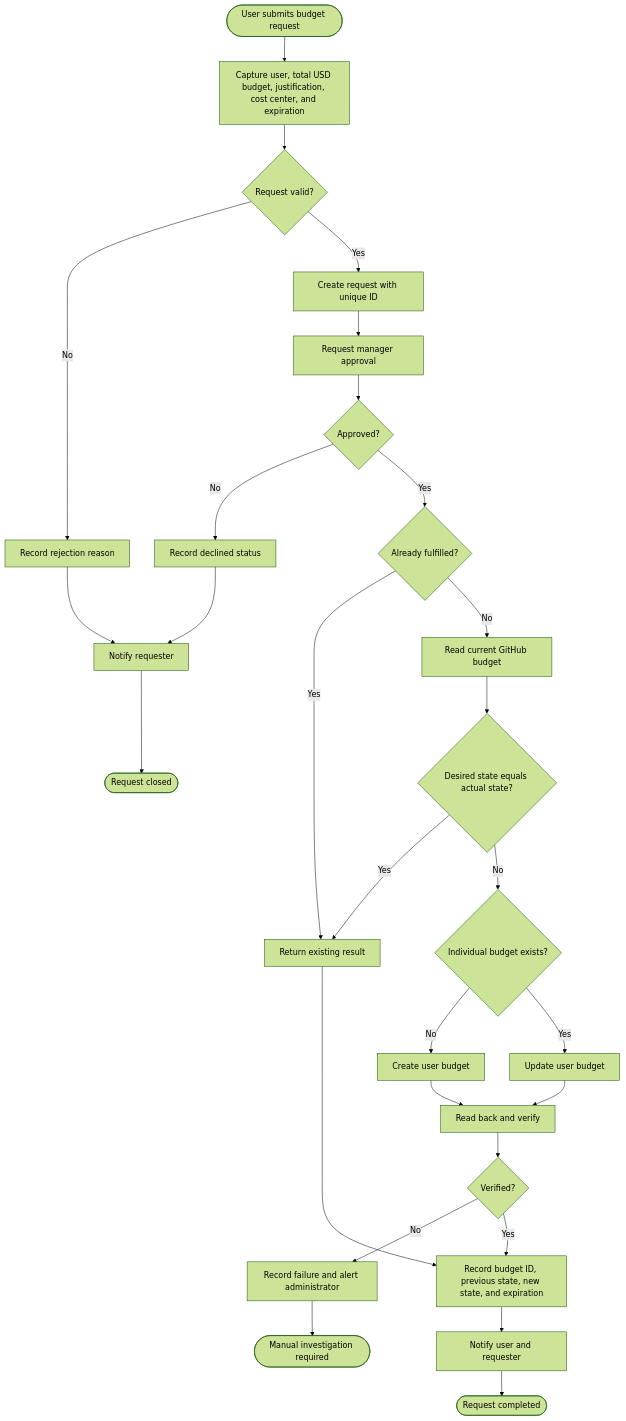
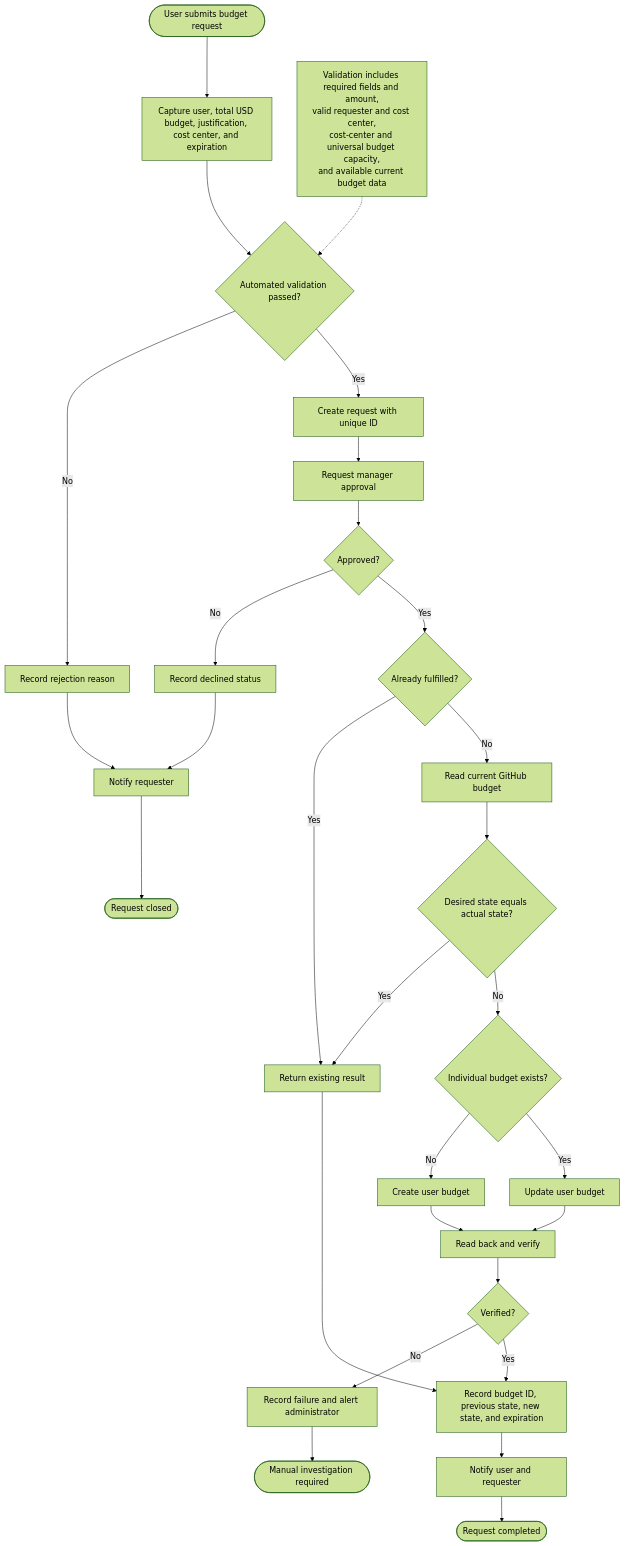
One commit to shwetabodhankar/AutomateGHCPBudgets changed the second of 3 diagrams in AI-credit-budget-architecture.md. Above: the diagram before and after it, drawn with Mermaid (forest theme).

Commit message:
Clarify automated budget validation

````diff
--- a/AI-credit-budget-architecture.md
+++ b/AI-credit-budget-architecture.md
@@ -77,39 +77,41 @@
 ```mermaid
 flowchart TD
     Start([User submits budget request]) --> Capture[Capture user, total USD budget, justification, cost center, and expiration]
-    Capture --> Validate{Request valid?}
+    Capture --> Validate{Automated validation passed?}
+    ValidationScope[Validation includes required fields and amount,<br/>valid requester and cost center,<br/>cost-center and universal budget capacity,<br/>and available current budget data]
+    ValidationScope -.-> Validate
 
     Validate -->|No| Reject[Record rejection reason]
     Reject --> NotifyReject[Notify requester]
     NotifyReject --> StopReject([Request closed])
 
     Validate -->|Yes| Save[Create request with unique ID]
     Save --> ManagerApproval[Request manager approval]
     ManagerApproval --> Decision{Approved?}
 
     Decision -->|No| Declined[Record declined status]
     Declined --> NotifyReject
 
     Decision -->|Yes| Duplicate{Already fulfilled?}
     Duplicate -->|Yes| NoChange[Return existing result]
     Duplicate -->|No| ReadCurrent[Read current GitHub budget]
 
     ReadCurrent --> Compare{Desired state equals actual state?}
     Compare -->|Yes| NoChange
     Compare -->|No| Operation{Individual budget exists?}
 
     Operation -->|No| Create[Create user budget]
     Operation -->|Yes| Update[Update user budget]
 
     Create --> Verify[Read back and verify]
     Update --> Verify
 
     Verify --> Success{Verified?}
     Success -->|No| Failure[Record failure and alert administrator]
     Success -->|Yes| Complete[Record budget ID, previous state, new state, and expiration]
 
     NoChange --> Complete
     Complete --> NotifySuccess[Notify user and requester]
     NotifySuccess --> EndSuccess([Request completed])
     Failure --> EndFailure([Manual investigation required])
 ```
````
